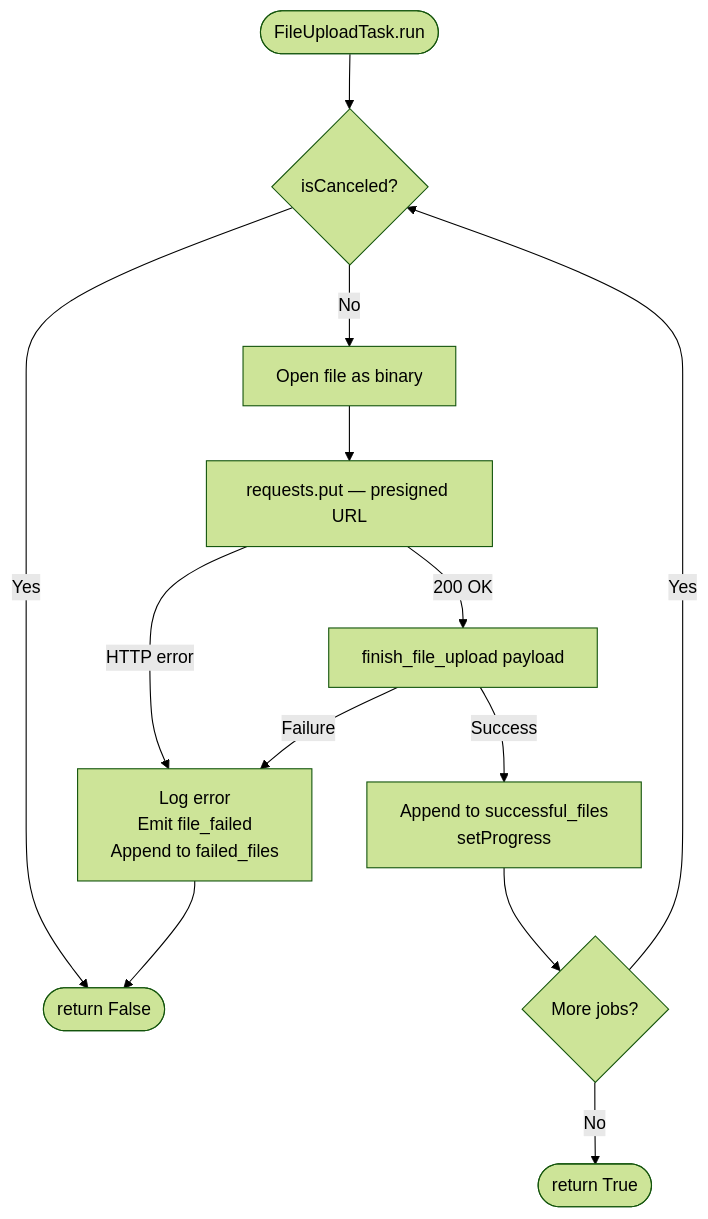
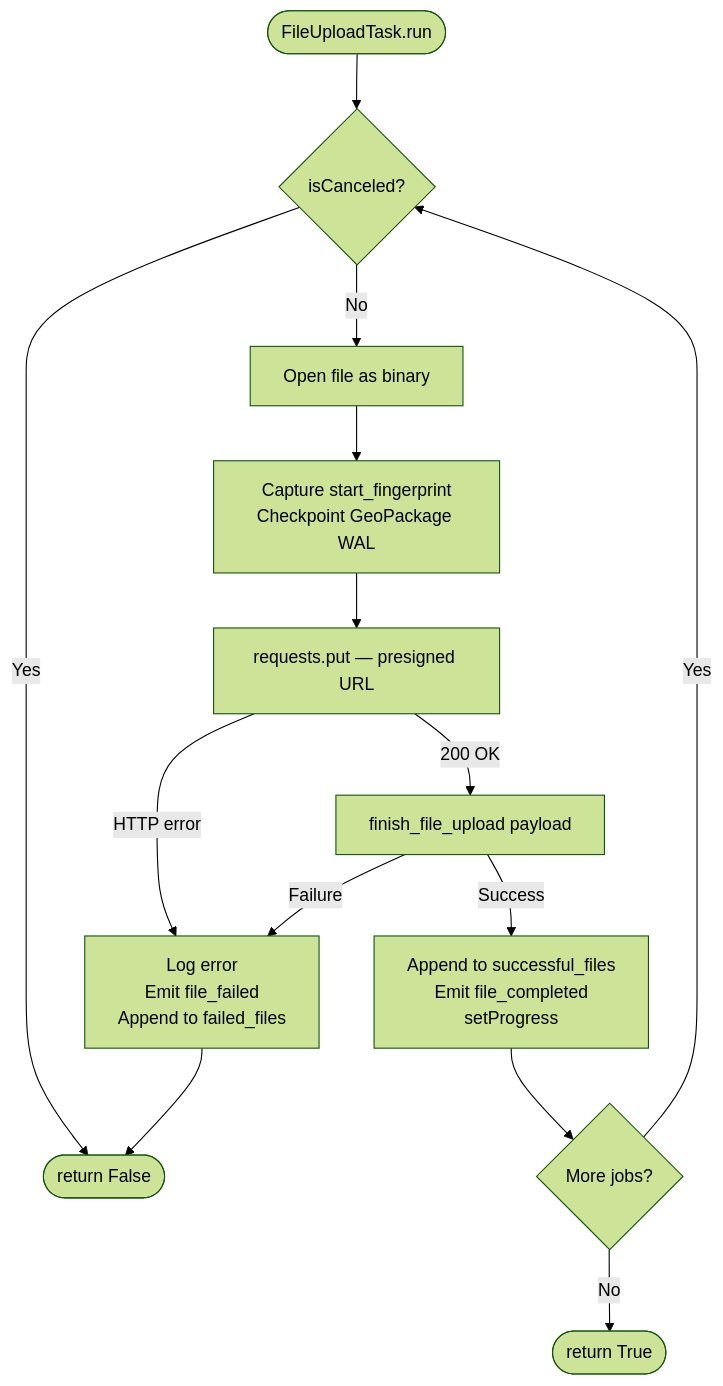
Before and after one commit to nens/rana-qgis-plugin: the second of 2 diagrams in doc/file_upload.md, drawn with Mermaid (forest theme). The commit also changed other lines of this file and 2 other files, not shown here.

````diff
--- a/doc/file_upload.md
+++ b/doc/file_upload.md
@@ -58,15 +63,16 @@
 ```mermaid
 flowchart TD
     Start([FileUploadTask.run]) --> A{isCanceled?}
     A -- Yes --> Abort([return False])
     A -- No --> B[Open file as binary]
-    B --> C[requests.put — presigned URL]
+    B --> B2[Capture start_fingerprint\nCheckpoint GeoPackage WAL]
+    B2 --> C[requests.put — presigned URL]
     C -- HTTP error --> D[Log error\nEmit file_failed\nAppend to failed_files]
     D --> Abort
     C -- 200 OK --> E[finish_file_upload payload]
     E -- Failure --> D
-    E -- Success --> F[Append to successful_files\nsetProgress]
+    E -- Success --> F[Append to successful_files\nEmit file_completed\nsetProgress]
     F --> G{More jobs?}
     G -- Yes --> A
     G -- No --> Done([return True])
 ```
````
